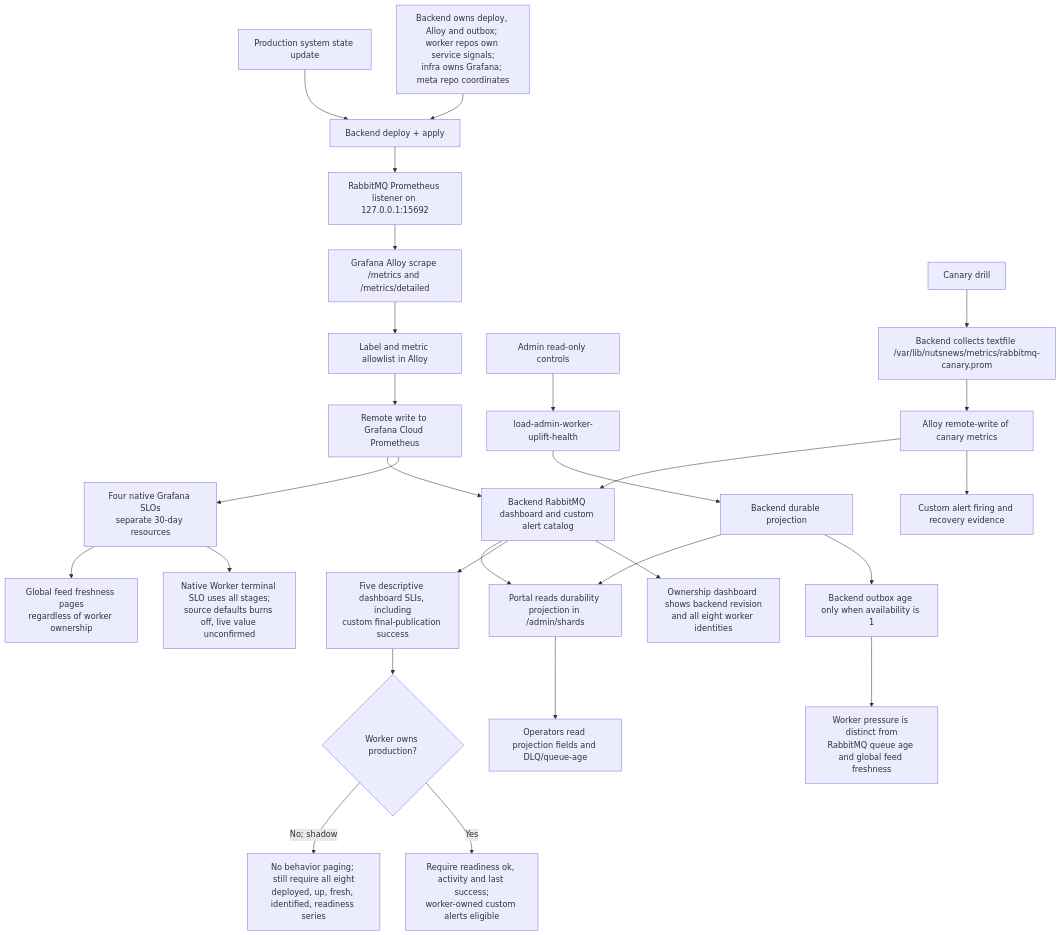
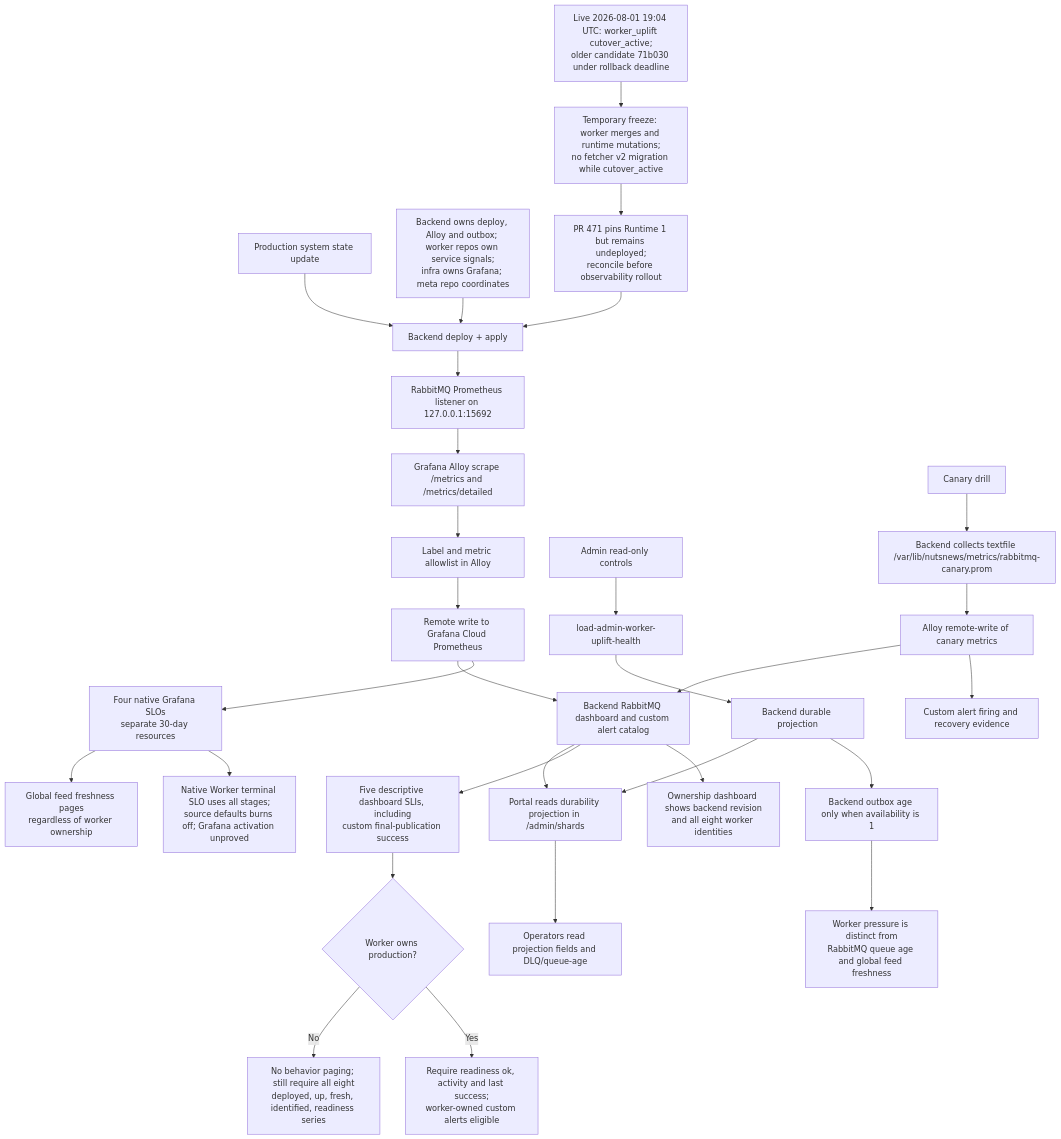
One commit to ramideltoro/nutsnews-docs changed the diagram in diagrams/NUTSNEWS_WORKER_UPLIFT_RABBITMQ_METRICS.mmd. Above: the diagram before and after it, drawn with Mermaid. The commit also changed 24 other files, not shown here.

Commit message:
docs: record live worker cutover constraints

```diff
--- a/diagrams/NUTSNEWS_WORKER_UPLIFT_RABBITMQ_METRICS.mmd
+++ b/diagrams/NUTSNEWS_WORKER_UPLIFT_RABBITMQ_METRICS.mmd
@@ -1,35 +1,38 @@
 flowchart TD
   accTitle: NutsNews Worker-Uplift RabbitMQ telemetry and guardrails
   accDescr {
     Backend Alloy collects bounded RabbitMQ and canary metrics. The Worker SLI
     dashboard and custom rules remain separate from the four native Grafana SLOs,
     and worker-owned paging is gated by production ownership.
   }
   A["Production system state update"] --> B["Backend deploy + apply"]
   Owners["Backend owns deploy, Alloy and outbox; worker repos own service signals;\ninfra owns Grafana; meta repo coordinates"] --> B
   B --> C["RabbitMQ Prometheus listener on 127.0.0.1:15692"]
   C --> D["Grafana Alloy scrape /metrics and /metrics/detailed"]
   D --> E["Label and metric allowlist in Alloy"]
   E --> F["Remote write to Grafana Cloud Prometheus"]
   F --> G["Backend RabbitMQ dashboard and custom alert catalog"]
   G --> H["Portal reads durability projection in /admin/shards"]
   H --> I["Operators read projection fields and DLQ/queue-age"]
 
   J["Admin read-only controls"] --> K["load-admin-worker-uplift-health"]
   K --> L["Backend durable projection"]
   L --> H
 
   M["Canary drill"] --> N["Backend collects textfile /var/lib/nutsnews/metrics/rabbitmq-canary.prom"]
   N --> O["Alloy remote-write of canary metrics"]
   O --> G
   O --> P["Custom alert firing and recovery evidence"]
   G --> Q["Five descriptive dashboard SLIs, including\ncustom final-publication success"]
   Q --> R{"Worker owns production?"}
-  R -->|"No; shadow"| S["No behavior paging; still require all eight\ndeployed, up, fresh, identified, readiness series"]
+  R -->|"No"| S["No behavior paging; still require all eight\ndeployed, up, fresh, identified, readiness series"]
   R -->|"Yes"| T["Require readiness ok, activity and last success;\nworker-owned custom alerts eligible"]
+  Live["Live 2026-08-01 19:04 UTC: worker_uplift cutover_active;\nolder candidate 71b030 under rollback deadline"] --> Freeze["Temporary freeze: worker merges and runtime mutations;\nno fetcher v2 migration while cutover_active"]
+  Freeze --> Reconcile["PR 471 pins Runtime 1 but remains undeployed;\nreconcile before observability rollout"]
+  Reconcile --> B
   F --> U["Four native Grafana SLOs\nseparate 30-day resources"]
   U --> V["Global feed freshness pages\nregardless of worker ownership"]
-  U --> W["Native Worker terminal SLO uses all stages;\nsource defaults burns off, live value unconfirmed"]
+  U --> W["Native Worker terminal SLO uses all stages;\nsource defaults burns off; Grafana activation unproved"]
   L --> X["Backend outbox age only when availability is 1"]
   X --> Y["Worker pressure is distinct from\nRabbitMQ queue age and global feed freshness"]
   G --> Z["Ownership dashboard shows backend revision\nand all eight worker identities"]
```
